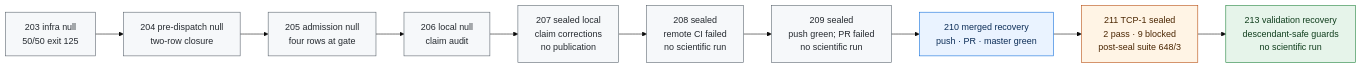
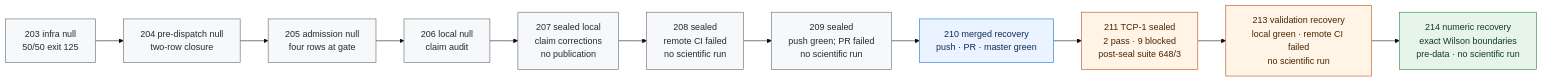
One commit to manfromnowhere143/telos changed the third of 5 diagrams in README.md. Above: the diagram before and after it, drawn with Mermaid (base theme). The commit also changed other lines of this file and 21 other files, not shown here.

Commit message:
Recover TCP-1 cross-platform Wilson boundaries

````diff
--- a/README.md
+++ b/README.md
@@ -208,12 +211,12 @@
 ```mermaid
 flowchart LR
- I203["203 infra null<br/>50/50 exit 125"]-->I204["204 pre-dispatch null<br/>two-row closure"]-->I205["205 admission null<br/>four rows at gate"]-->I206["206 local null<br/>claim audit"]-->I207["207 sealed local<br/>claim corrections<br/>no publication"]-->I208["208 sealed<br/>remote CI failed<br/>no scientific run"]-->I209["209 sealed<br/>push green; PR failed<br/>no scientific run"]-->I210["210 merged recovery<br/>push · PR · master green"]-->I211["211 TCP-1 sealed<br/>2 pass · 9 blocked<br/>post-seal suite 648/3"]-->I213["213 validation recovery<br/>descendant-safe guards<br/>no scientific run"]
+ I203["203 infra null<br/>50/50 exit 125"]-->I204["204 pre-dispatch null<br/>two-row closure"]-->I205["205 admission null<br/>four rows at gate"]-->I206["206 local null<br/>claim audit"]-->I207["207 sealed local<br/>claim corrections<br/>no publication"]-->I208["208 sealed<br/>remote CI failed<br/>no scientific run"]-->I209["209 sealed<br/>push green; PR failed<br/>no scientific run"]-->I210["210 merged recovery<br/>push · PR · master green"]-->I211["211 TCP-1 sealed<br/>2 pass · 9 blocked<br/>post-seal suite 648/3"]-->I213["213 validation recovery<br/>local green · remote CI failed<br/>no scientific run"]-->I214["214 numeric recovery<br/>exact Wilson boundaries<br/>pre-data · no scientific run"]
  classDef null fill:#f6f8fa,stroke:#57606a,color:#24292f;
  classDef complete fill:#eaf3ff,stroke:#0969da,color:#0c2d57;
  classDef corrected fill:#fff4e5,stroke:#b54708,color:#4a2500;
  classDef active fill:#e6f4ea,stroke:#1a7f37,color:#0f3d1c;
  class I203,I204,I205,I206,I207,I208,I209 null;
  class I210 complete;
- class I211 corrected;
- class I213 active;
+ class I211,I213 corrected;
+ class I214 active;
 ```
````
